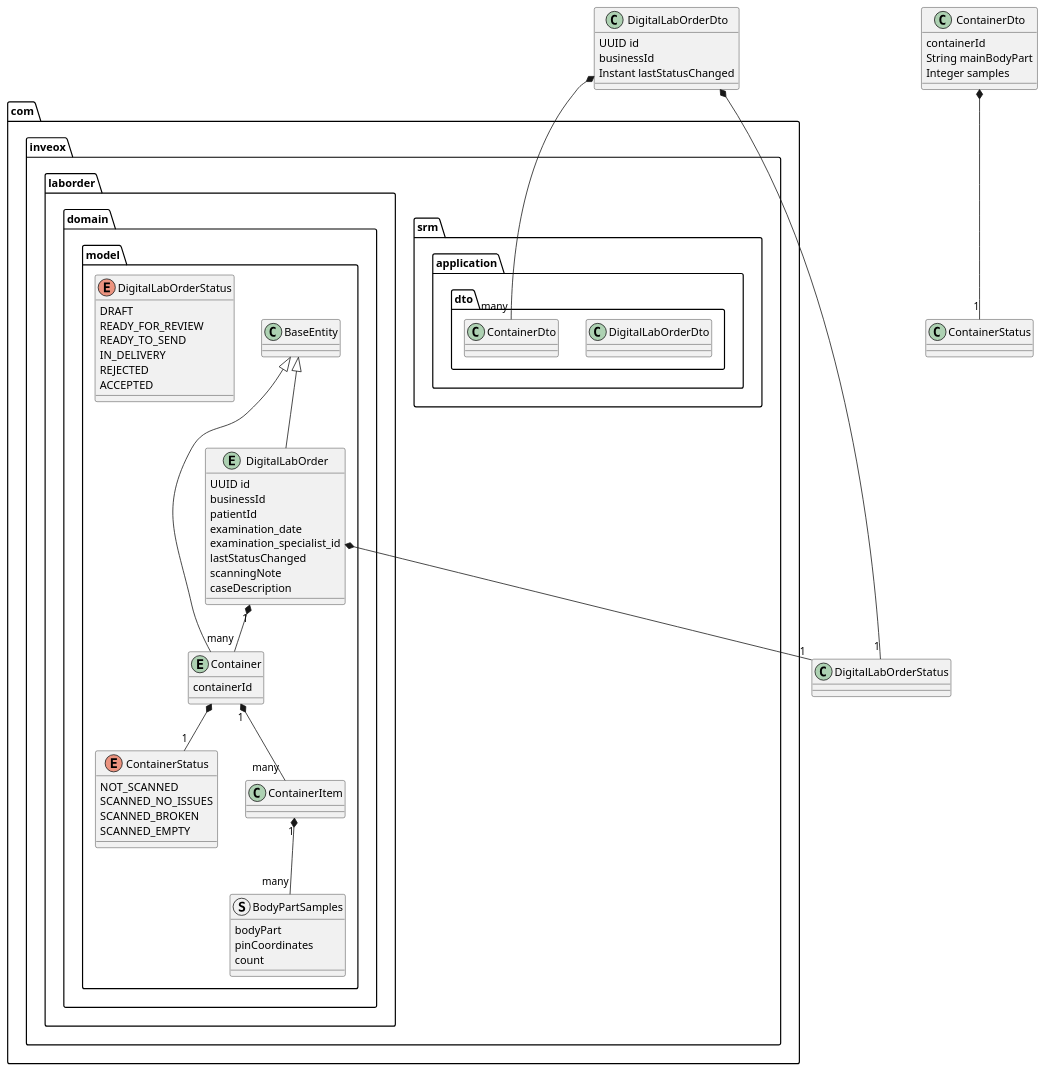
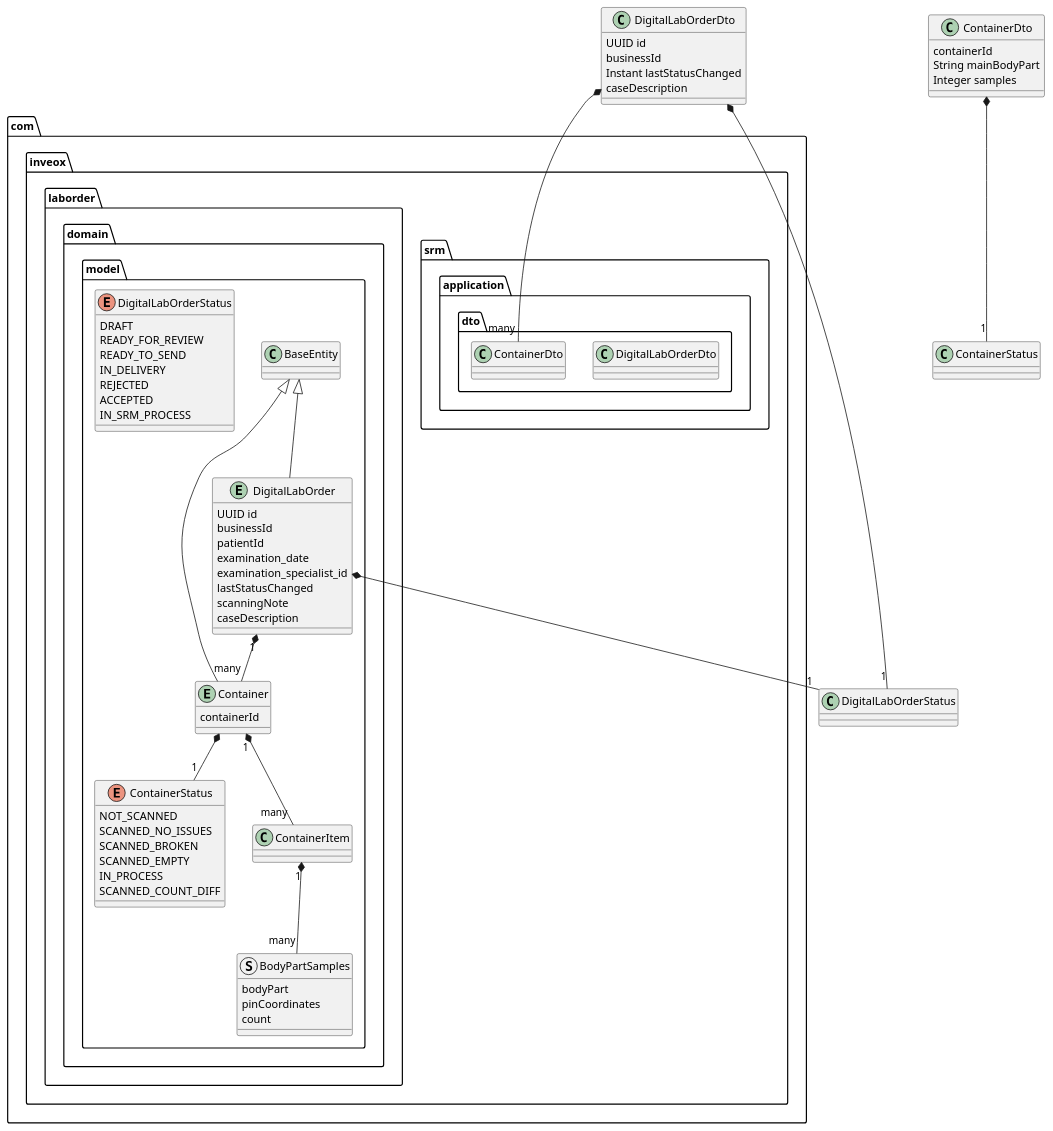
The diagram in srm/src/plantuml/srm_dto_from_laborder_model.puml (Qojgjg/playing-java-quarkus-mono), drawn with PlantUML before and after one commit. The commit also changed 116 other files, not shown here.

```diff
--- a/srm/src/plantuml/srm_dto_from_laborder_model.puml
+++ b/srm/src/plantuml/srm_dto_from_laborder_model.puml
@@ -1,79 +1,83 @@
 @startuml
 
 
 package com.inveox.srm.application.dto{
     class DigitalLabOrderDto
     class ContainerDto
 }
 
 
 class DigitalLabOrderDto {
     UUID id
 	businessId	
 	Instant lastStatusChanged
+    caseDescription
 }
 
 DigitalLabOrderDto *-- "1" DigitalLabOrderStatus
 DigitalLabOrderDto *-- "many" ContainerDto
 
 
 class ContainerDto {
     containerId
     String mainBodyPart
     Integer samples
 }
 
 ContainerDto *-- "1" ContainerStatus
 
 
 
 package com.inveox.laborder.domain.model {
 
 
  enum ContainerStatus {
-    NOT_SCANNED
+  NOT_SCANNED
     SCANNED_NO_ISSUES
     SCANNED_BROKEN
     SCANNED_EMPTY
+        IN_PROCESS
+    SCANNED_COUNT_DIFF
  }
 
 entity DigitalLabOrder {
     UUID id
     businessId
     patientId
     examination_date
     examination_specialist_id
     lastStatusChanged
     scanningNote
     caseDescription
     }
 entity Container {
     containerId
 }
 struct BodyPartSamples {
     bodyPart
     pinCoordinates
     count
 }
 
 BaseEntity <|-- DigitalLabOrder
 BaseEntity <|-- Container
 DigitalLabOrder "1" *-- "many" Container
 Container "1" *-- "many" ContainerItem
 ContainerItem "1" *-- "many" BodyPartSamples
 
 DigitalLabOrder *-- "1" DigitalLabOrderStatus
 Container *-- "1" ContainerStatus
 
 enum DigitalLabOrderStatus {
  DRAFT
  READY_FOR_REVIEW
  READY_TO_SEND
  IN_DELIVERY
  REJECTED
  ACCEPTED
+  IN_SRM_PROCESS
 }
 
 }
 
 @enduml
```
